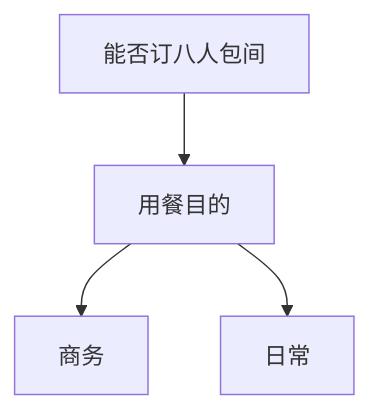
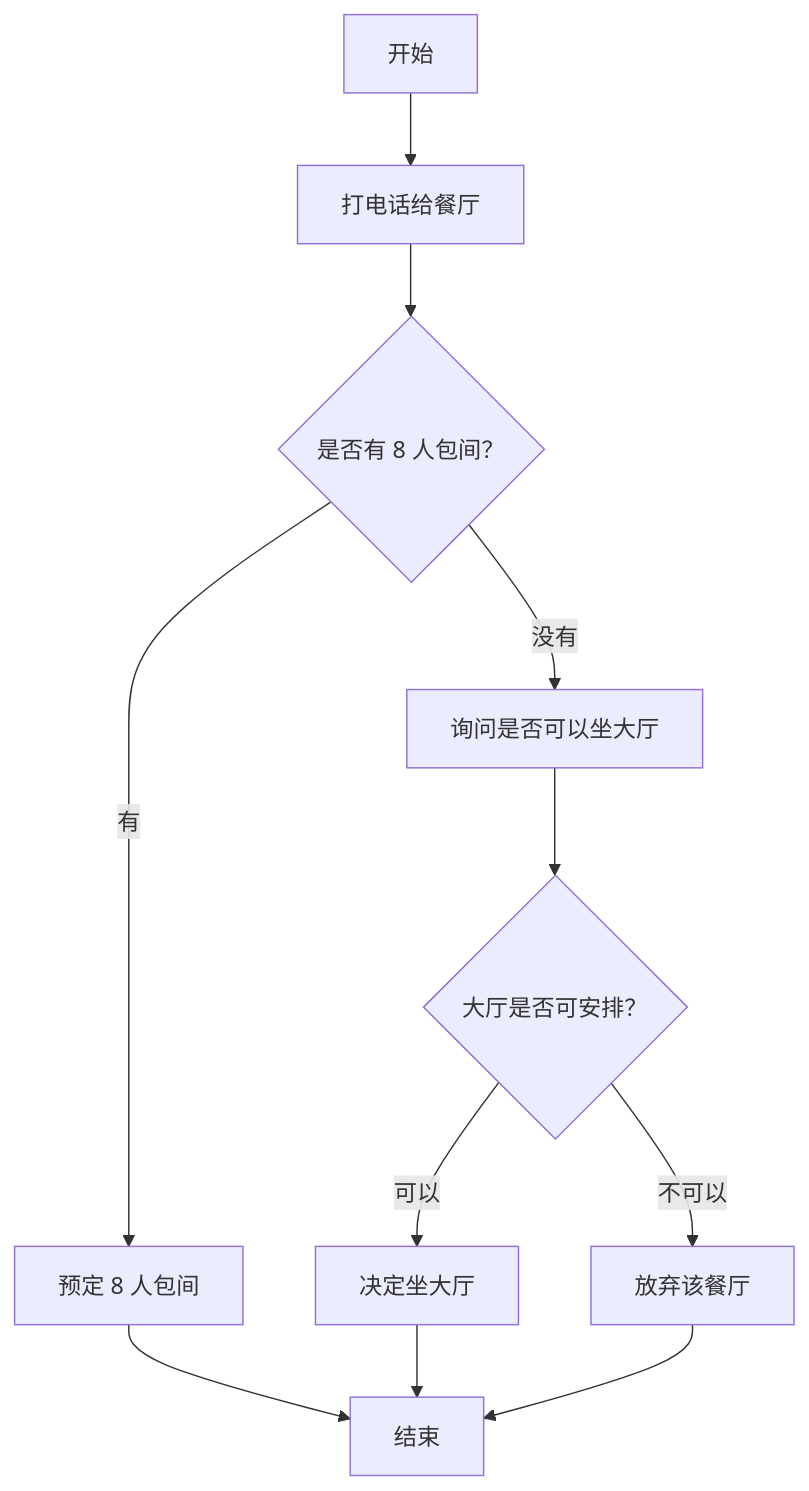
One commit to LiShuai1025/markdown changed the diagram in decision.md. Above: the diagram before and after it, drawn with Mermaid.

````diff
--- a/decision.md
+++ b/decision.md
@@ -1,7 +1,18 @@
 ```mermaid
 flowchart TD
-    A[能否订八人包间]
-    A --> B[用餐目的]
-    B --> C[商务]
-    B --> D[日常]
+    A[开始] --> B[打电话给餐厅]
+    B --> C{是否有 8 人包间？}
+
+    C -- 有 --> D[预定 8 人包间]
+    D --> E[结束]
+
+    C -- 没有 --> F[询问是否可以坐大厅]
+    F --> G{大厅是否可安排？}
+
+    G -- 可以 --> H[决定坐大厅]
+    H --> E
+
+    G -- 不可以 --> I[放弃该餐厅]
+    I --> E
+
 ```
````
